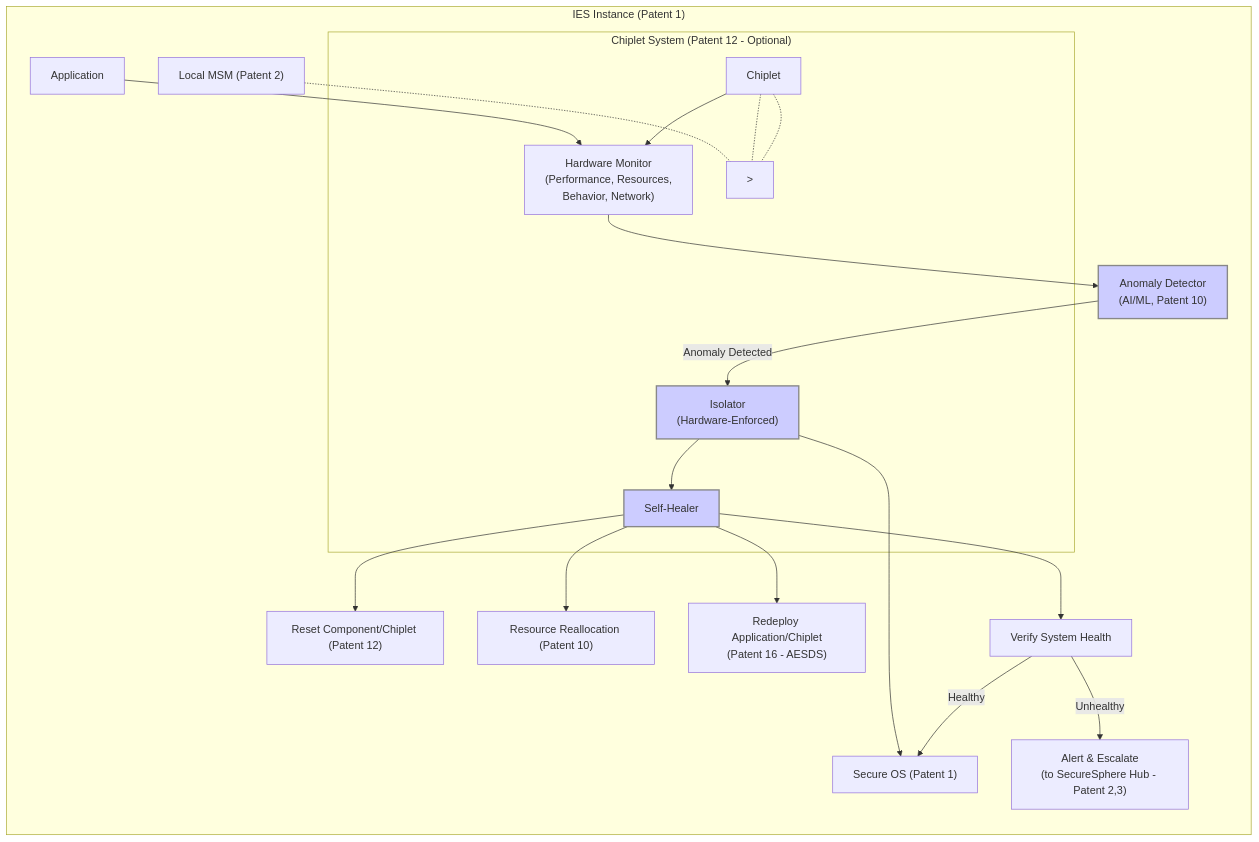
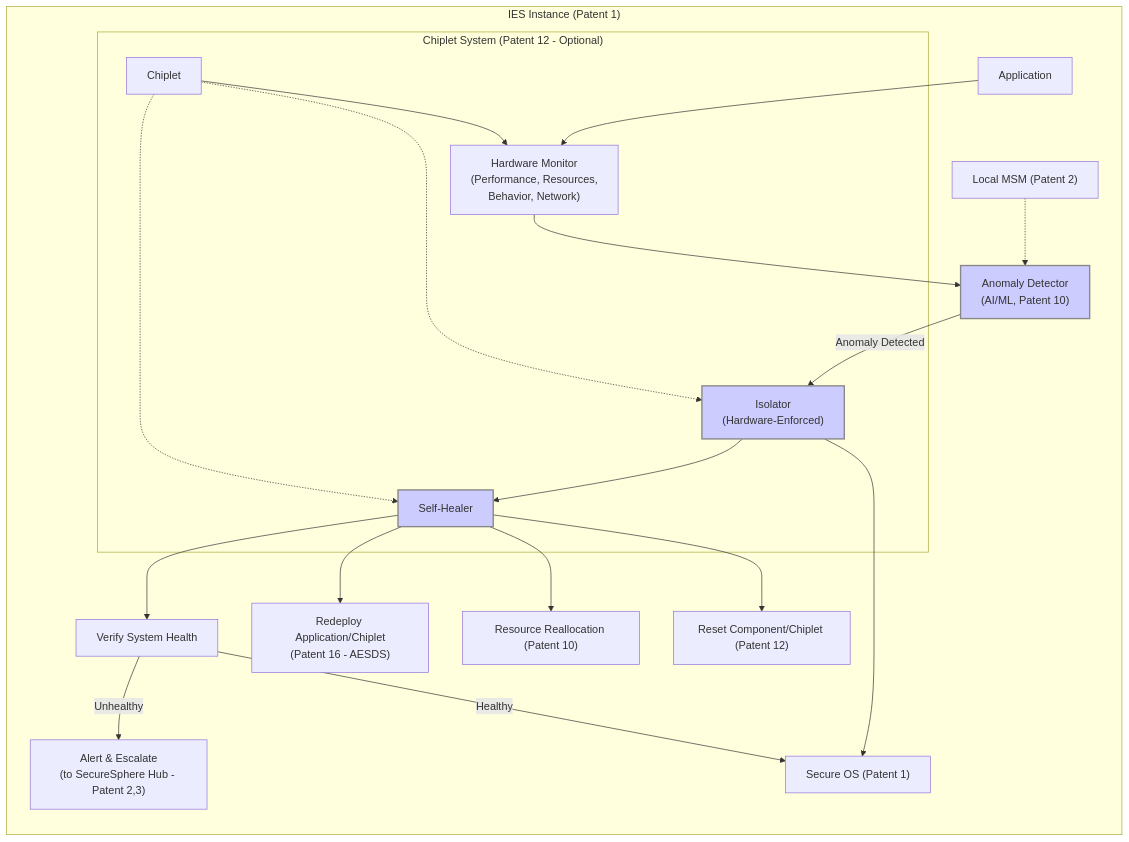
One commit to nshkrdotcom/ASKA changed diagram 15 of 21 in 3.md. Above: the diagram before and after it, drawn with Mermaid. The commit also changed other lines of this file and 1 other file, not shown here.

````diff
--- a/3.md
+++ b/3.md
@@ -1332,30 +1332,30 @@
 ```mermaid
 graph LR
     subgraph IES_Instance["IES Instance (Patent 1)"]
         App["Application"] --> HW_Monitor["Hardware Monitor<br>(Performance, Resources,<br>Behavior, Network)"]
         HW_Monitor --> Anomaly_Detector["Anomaly Detector<br>(AI/ML, Patent 10)"]
-        Local_MSM["Local MSM (Patent 2)"] -.-&gt; Anomaly_Detector
+        Local_MSM["Local MSM (Patent 2)"] -.-> Anomaly_Detector
         
         Anomaly_Detector -- Anomaly Detected --> Isolator["Isolator<br>(Hardware-Enforced)"]
         Isolator --> Secure_OS["Secure OS (Patent 1)"]
         Isolator --> Self_Healer["Self-Healer"]
         
         Self_Healer --> Reset["Reset Component/Chiplet (Patent 12)"]
         Self_Healer --> Resource_Reallocation["Resource Reallocation (Patent 10)"]
         Self_Healer --> Redeploy["Redeploy Application/Chiplet<br>(Patent 16 - AESDS)"]
         Self_Healer --> Verify["Verify System Health"]
         
         Verify -- Healthy --> Secure_OS
         Verify -- Unhealthy --> Alert["Alert & Escalate<br>(to SecureSphere Hub - Patent 2,3)"]
 
         subgraph Chiplet_System["Chiplet System (Patent 12 - Optional)"]
             Chiplet["Chiplet"] --> HW_Monitor
-            Chiplet -.-&gt; Isolator
-            Chiplet -.-&gt; Self_Healer
+            Chiplet -.-> Isolator
+            Chiplet -.-> Self_Healer
         end
     end
 
     style Anomaly_Detector fill:#ccf,stroke:#888,stroke-width:2px
     style Isolator fill:#ccf,stroke:#888,stroke-width:2px
     style Self_Healer fill:#ccf,stroke:#888,stroke-width:2px
 ```
````
